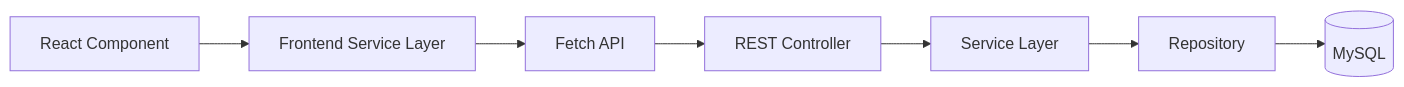
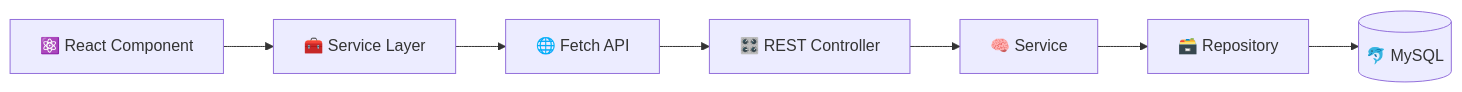
One commit to Sahil2u47/smart_parking_system_frontend changed the sixth of 9 diagrams in README.md. Above: the diagram before and after it, drawn with Mermaid. The commit also changed other lines of this file, not shown here.

````diff
--- a/README.md
+++ b/README.md
@@ -258,4 +370,4 @@
 ```mermaid
 flowchart LR
-    A["React Component"] --> B["Frontend Service Layer"] --> C["Fetch API"] --> D["REST Controller"] --> E["Service Layer"] --> F["Repository"] --> G[("MySQL")]
+    A["⚛️ React Component"] --> B["🧰 Service Layer"] --> C["🌐 Fetch API"] --> D["🎛️ REST Controller"] --> E["🧠 Service"] --> F["🗃️ Repository"] --> G[("🐬 MySQL")]
 ```
````
